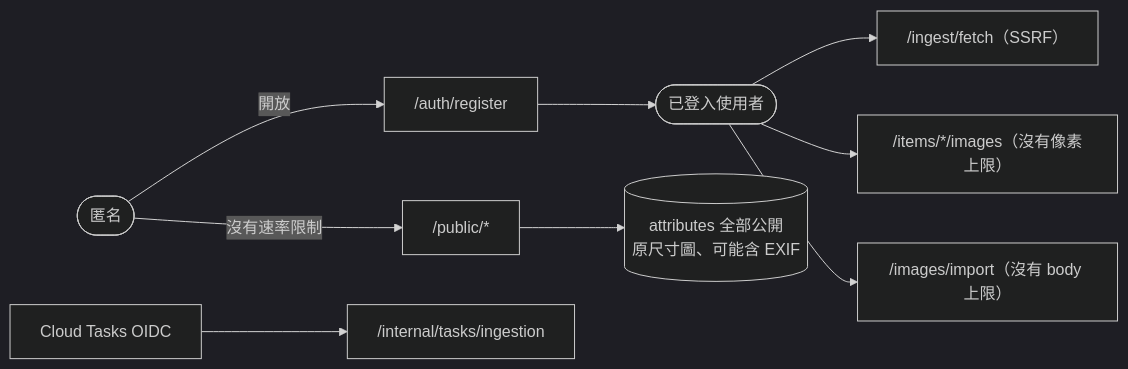
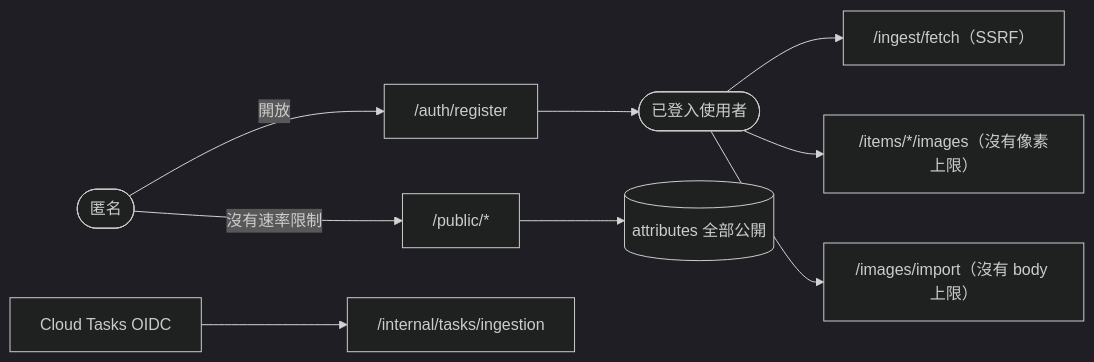
Before and after one commit to AdamChang/my-collection: the diagram in docs/architecture/03-cross-cutting.md, drawn with Mermaid (dark theme). The commit also changed other lines of this file and 7 other files, not shown here.

First line of the commit message:
docs(architecture): 標記 M2、S8 已解決，Q16、Q21 已回覆，AGENTS.md 高風險區域移除 M2

````diff
--- a/docs/architecture/03-cross-cutting.md
+++ b/docs/architecture/03-cross-cutting.md
@@ -150,11 +150,11 @@
 ```mermaid
 flowchart LR
   anon([匿名]) -->|沒有速率限制| pub["/public/*"]
   anon -->|開放| reg["/auth/register"]
   reg --> user([已登入使用者])
   user --> fetch["/ingest/fetch（SSRF）"]
   user --> upload["/items/*/images（沒有像素上限）"]
   user --> imp["/images/import（沒有 body 上限）"]
-  pub --> data[(attributes 全部公開<br/>原尺寸圖、可能含 EXIF)]
+  pub --> data[(attributes 全部公開)]
   tasks[Cloud Tasks OIDC] --> internal["/internal/tasks/ingestion"]
 ```
````
